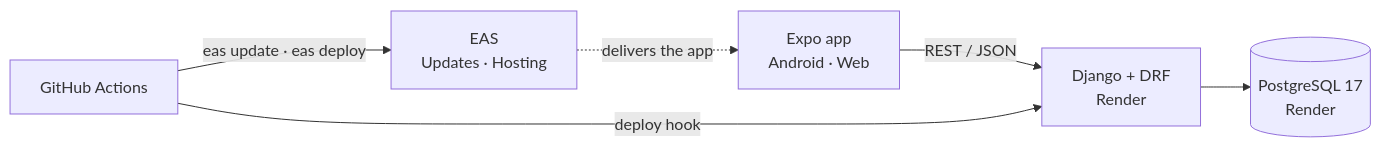
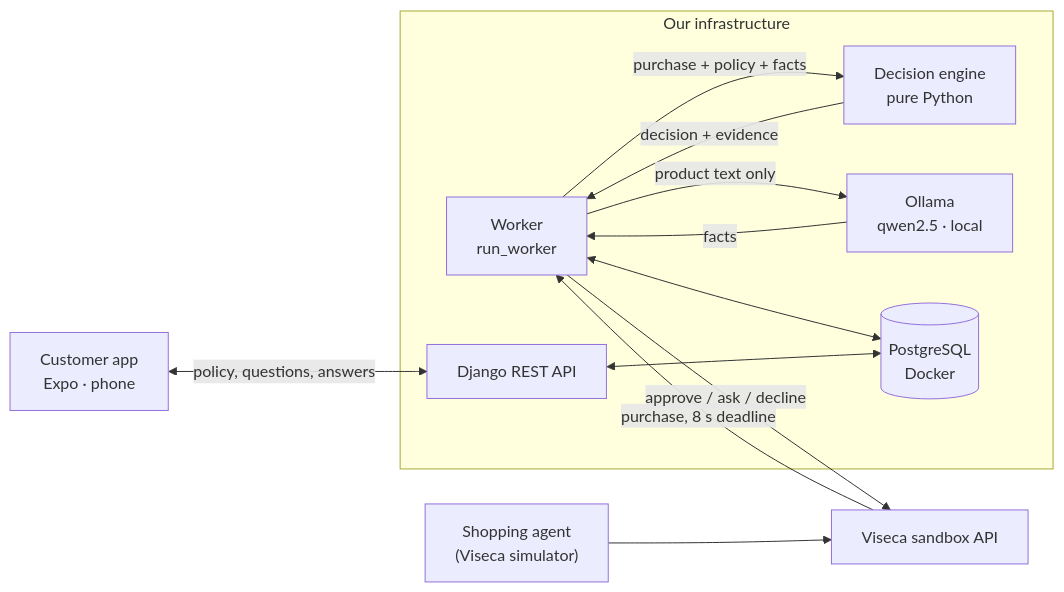
Before and after one commit to Oskar-567/2026_StartHackTourStGallen: the diagram in README.md, drawn with Mermaid. The commit also changed other lines of this file and 16 other files, not shown here.

Commit message:
feat(engine): started with the app

````diff
--- a/README.md
+++ b/README.md
@@ -41,8 +126,20 @@
 ```mermaid
 flowchart LR
-    app["Expo app<br/>Android · Web"] -- "REST / JSON" --> api["Django + DRF<br/>Render"]
-    api --> db[("PostgreSQL 17<br/>Render")]
-    gha["GitHub Actions"] -- "deploy hook" --> api
-    gha -- "eas update · eas deploy" --> eas["EAS<br/>Updates · Hosting"]
-    eas -. "delivers the app" .-> app
+    subgraph ours["Our infrastructure"]
+        worker["Worker<br/>run_worker"]
+        engine["Decision engine<br/>pure Python"]
+        ollama["Ollama<br/>qwen2.5 · local"]
+        django["Django REST API"]
+        db[("PostgreSQL<br/>Docker")]
+    end
+    agent["Shopping agent<br/>(Viseca simulator)"] --> viseca["Viseca sandbox API"]
+    viseca -- "purchase, 8 s deadline" --> worker
+    worker -- "product text only" --> ollama
+    ollama -- "facts" --> worker
+    worker -- "purchase + policy + facts" --> engine
+    engine -- "decision + evidence" --> worker
+    worker -- "approve / ask / decline" --> viseca
+    worker <--> db
+    django <--> db
+    phone["Customer app<br/>Expo · phone"] <-- "policy, questions, answers" --> django
 ```
````
